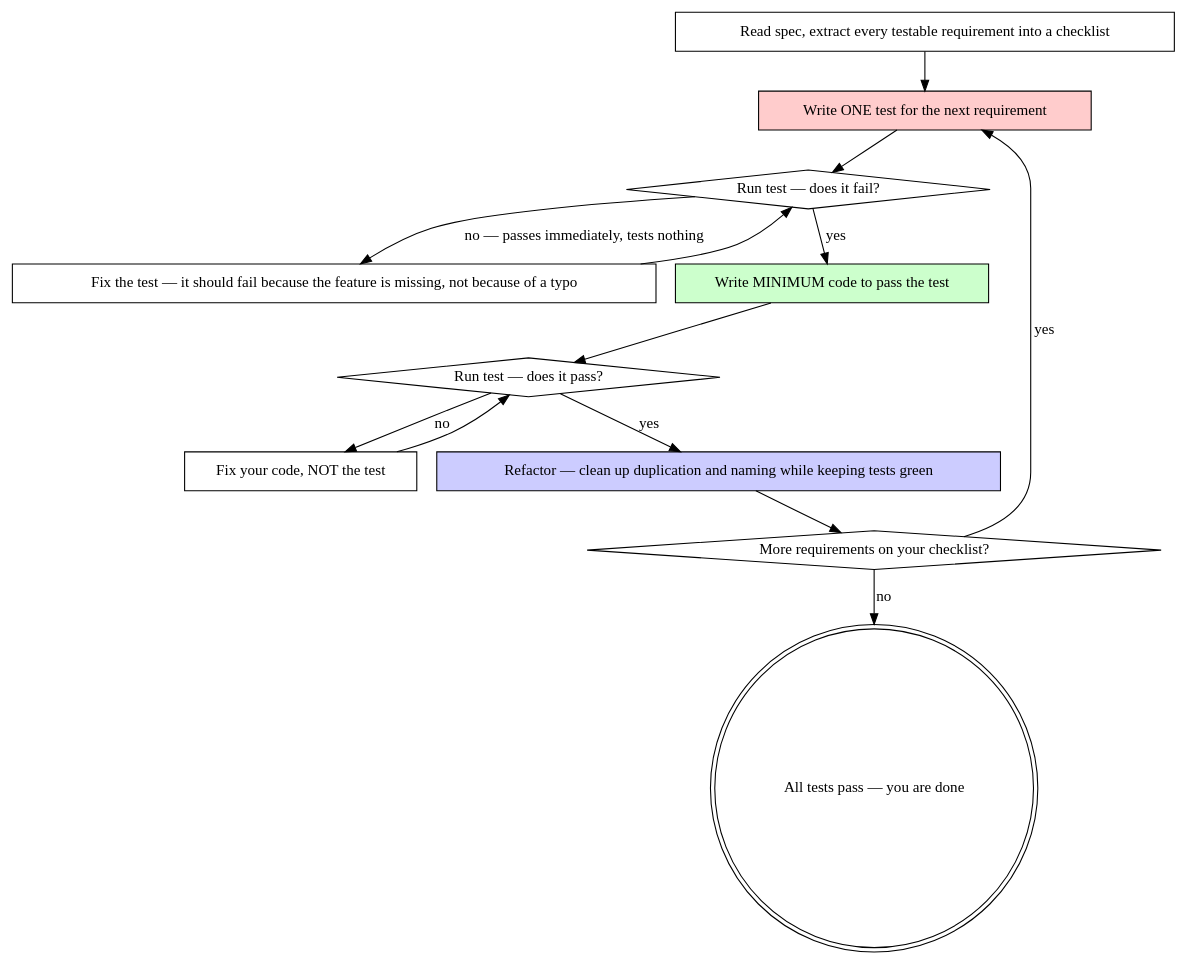
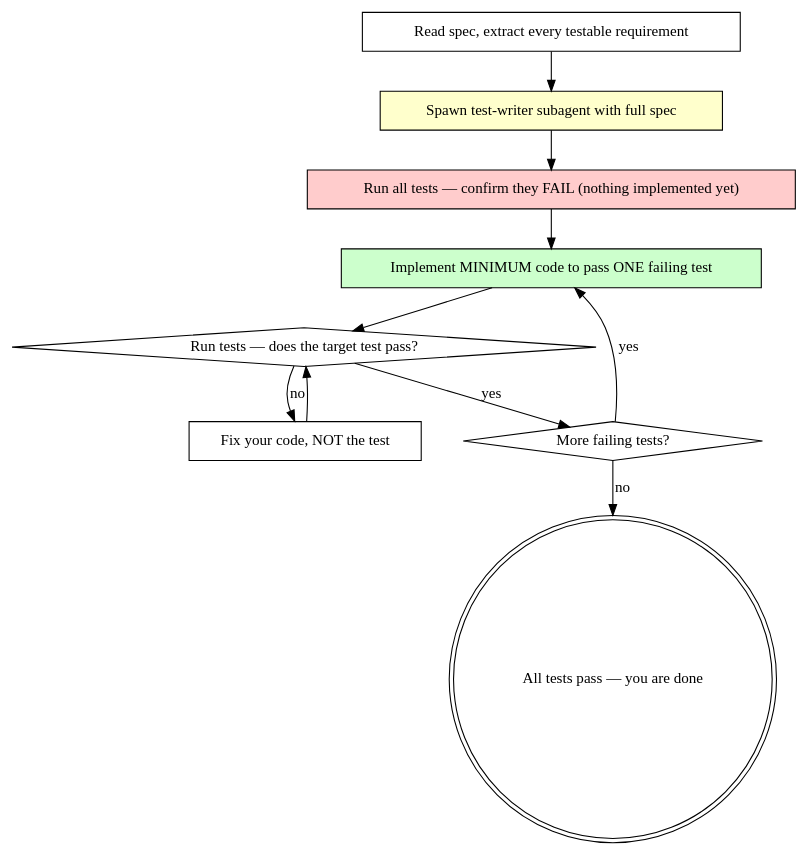
The first of 3 diagrams in agent/prompts/base.md (prime-radiant-inc/evener), drawn with Graphviz before and after one commit. The commit also changed other lines of this file, not shown here.

First line of the commit message:
prompt: delegate test writing to adversarial test-writer subagent

````diff
--- a/agent/prompts/base.md
+++ b/agent/prompts/base.md
@@ -63,28 +83,23 @@
 ```dot
 digraph tdd {
     rankdir=TB;
-    "Read spec, extract every testable requirement into a checklist" [shape=box];
-    "Write ONE test for the next requirement" [shape=box style=filled fillcolor="#ffcccc"];
-    "Run test — does it fail?" [shape=diamond];
-    "Fix the test — it should fail because the feature is missing, not because of a typo" [shape=box];
-    "Write MINIMUM code to pass the test" [shape=box style=filled fillcolor="#ccffcc"];
-    "Run test — does it pass?" [shape=diamond];
+    "Read spec, extract every testable requirement" [shape=box];
+    "Spawn test-writer subagent with full spec" [shape=box style=filled fillcolor="#ffffcc"];
+    "Run all tests — confirm they FAIL (nothing implemented yet)" [shape=box style=filled fillcolor="#ffcccc"];
+    "Implement MINIMUM code to pass ONE failing test" [shape=box style=filled fillcolor="#ccffcc"];
+    "Run tests — does the target test pass?" [shape=diamond];
     "Fix your code, NOT the test" [shape=box];
-    "Refactor — clean up duplication and naming while keeping tests green" [shape=box style=filled fillcolor="#ccccff"];
-    "More requirements on your checklist?" [shape=diamond];
+    "More failing tests?" [shape=diamond];
     "All tests pass — you are done" [shape=doublecircle];
 
-    "Read spec, extract every testable requirement into a checklist" -> "Write ONE test for the next requirement";
-    "Write ONE test for the next requirement" -> "Run test — does it fail?";
-    "Run test — does it fail?" -> "Write MINIMUM code to pass the test" [label="yes"];
-    "Run test — does it fail?" -> "Fix the test — it should fail because the feature is missing, not because of a typo" [label="no — passes immediately, tests nothing"];
-    "Fix the test — it should fail because the feature is missing, not because of a typo" -> "Run test — does it fail?";
-    "Write MINIMUM code to pass the test" -> "Run test — does it pass?";
-    "Run test — does it pass?" -> "Refactor — clean up duplication and naming while keeping tests green" [label="yes"];
-    "Run test — does it pass?" -> "Fix your code, NOT the test" [label="no"];
-    "Fix your code, NOT the test" -> "Run test — does it pass?";
-    "Refactor — clean up duplication and naming while keeping tests green" -> "More requirements on your checklist?";
-    "More requirements on your checklist?" -> "Write ONE test for the next requirement" [label="yes"];
-    "More requirements on your checklist?" -> "All tests pass — you are done" [label="no"];
+    "Read spec, extract every testable requirement" -> "Spawn test-writer subagent with full spec";
+    "Spawn test-writer subagent with full spec" -> "Run all tests — confirm they FAIL (nothing implemented yet)";
+    "Run all tests — confirm they FAIL (nothing implemented yet)" -> "Implement MINIMUM code to pass ONE failing test";
+    "Implement MINIMUM code to pass ONE failing test" -> "Run tests — does the target test pass?";
+    "Run tests — does the target test pass?" -> "More failing tests?" [label="yes"];
+    "Run tests — does the target test pass?" -> "Fix your code, NOT the test" [label="no"];
+    "Fix your code, NOT the test" -> "Run tests — does the target test pass?";
+    "More failing tests?" -> "Implement MINIMUM code to pass ONE failing test" [label="yes"];
+    "More failing tests?" -> "All tests pass — you are done" [label="no"];
 }
 ```
````
